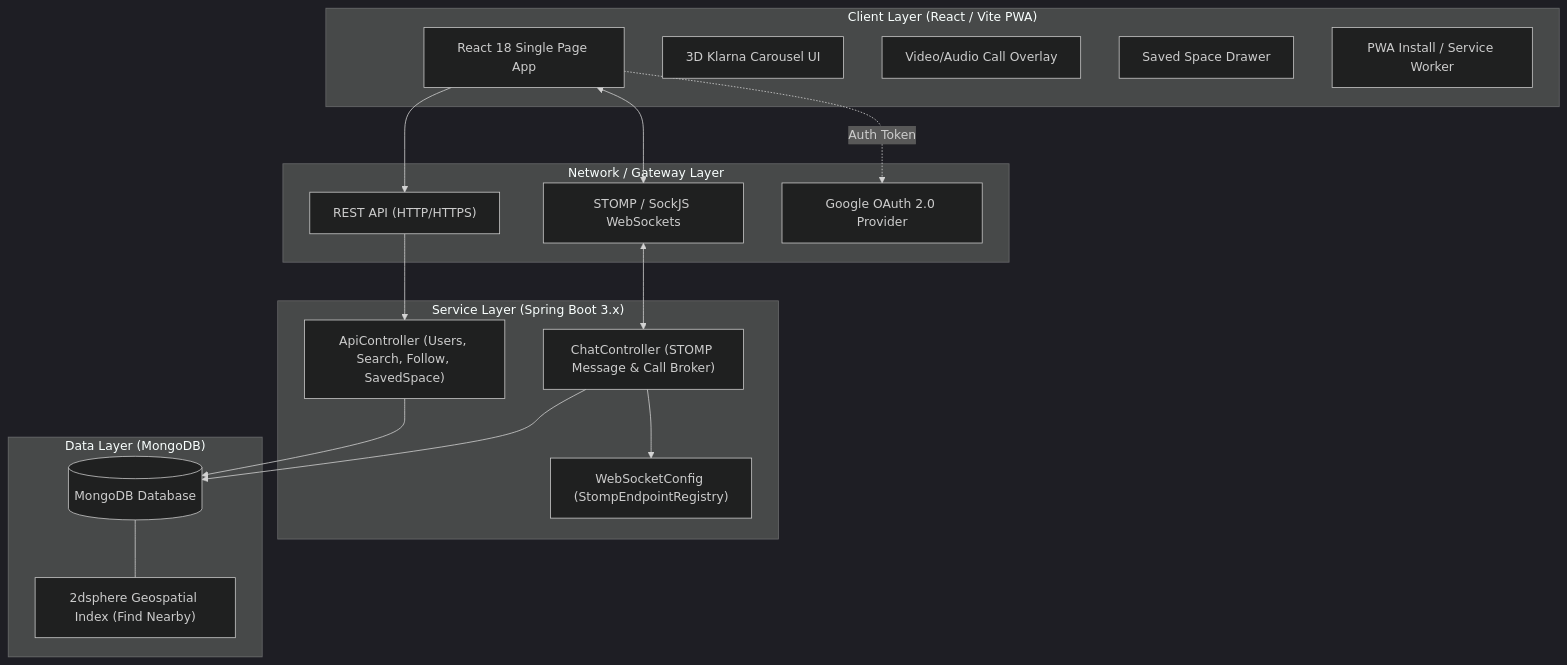
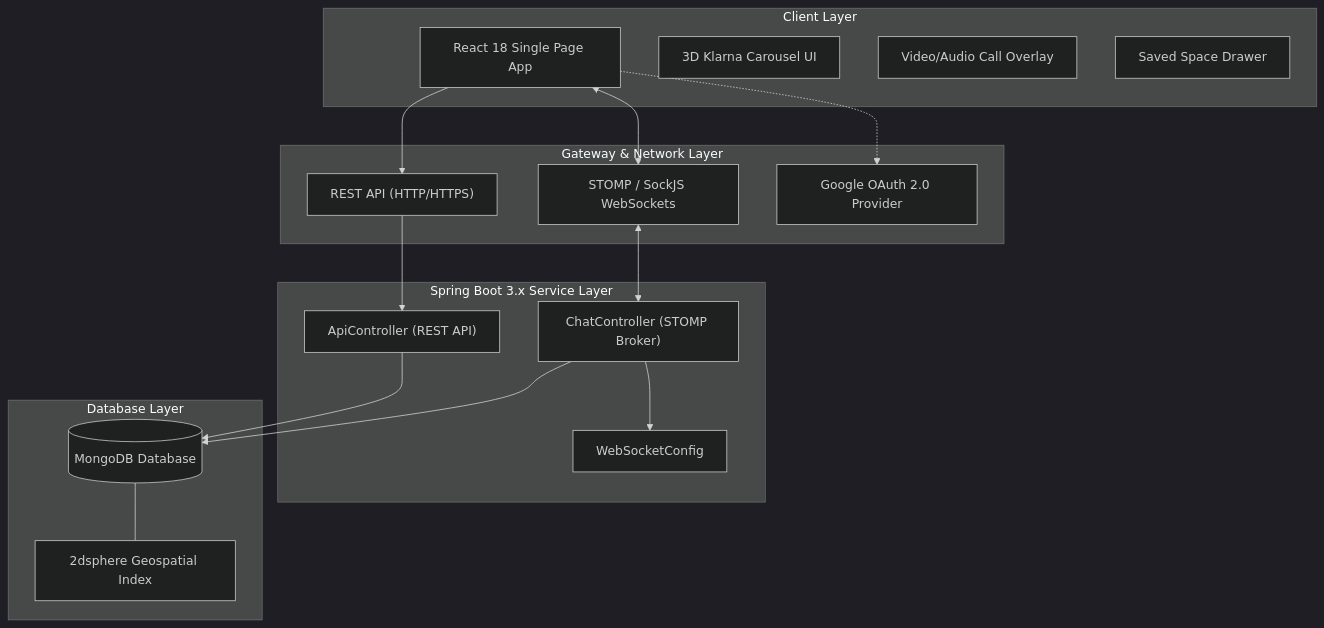
The first of 3 diagrams in README.md (raviattrash-pro/nexus-chat), drawn with Mermaid (dark theme) before and after one commit. The commit also changed other lines of this file and 1 other file, not shown here.

Commit message:
docs: fix Mermaid HLD/LLD diagram syntax and image placeholder URLs for GitHub rendering

````diff
--- a/README.md
+++ b/README.md
@@ -67,39 +67,38 @@
 ```mermaid
-graph TD
-    subgraph Client ["Client Layer (React / Vite PWA)"]
+flowchart TB
+    subgraph Client ["Client Layer"]
         UI["React 18 Single Page App"]
         KC["3D Klarna Carousel UI"]
         VC["Video/Audio Call Overlay"]
         SS["Saved Space Drawer"]
-        PWA["PWA Install / Service Worker"]
     end
 
-    subgraph Gateways ["Network / Gateway Layer"]
+    subgraph Gateways ["Gateway & Network Layer"]
         REST["REST API (HTTP/HTTPS)"]
         WS["STOMP / SockJS WebSockets"]
         OAUTH["Google OAuth 2.0 Provider"]
     end
 
-    subgraph Backend ["Service Layer (Spring Boot 3.x)"]
-        AC["ApiController (Users, Search, Follow, SavedSpace)"]
-        CC["ChatController (STOMP Message & Call Broker)"]
-        WSC["WebSocketConfig (StompEndpointRegistry)"]
+    subgraph Backend ["Spring Boot 3.x Service Layer"]
+        AC["ApiController (REST API)"]
+        CC["ChatController (STOMP Broker)"]
+        WSC["WebSocketConfig"]
     end
 
-    subgraph Data ["Data Layer (MongoDB)"]
+    subgraph Data ["Database Layer"]
         DB[(MongoDB Database)]
-        GEO["2dsphere Geospatial Index (Find Nearby)"]
+        GEO["2dsphere Geospatial Index"]
     end
 
     UI --> REST
     UI <--> WS
-    UI -. Auth Token .-> OAUTH
+    UI -.-> OAUTH
 
     REST --> AC
     WS <--> CC
     CC --> WSC
 
     AC --> DB
     CC --> DB
     DB --- GEO
 ```
````
